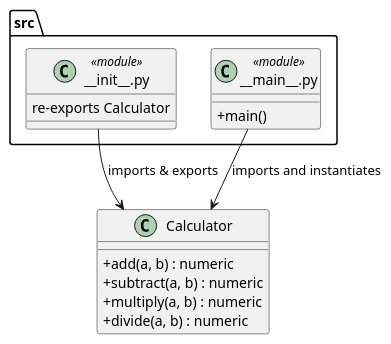
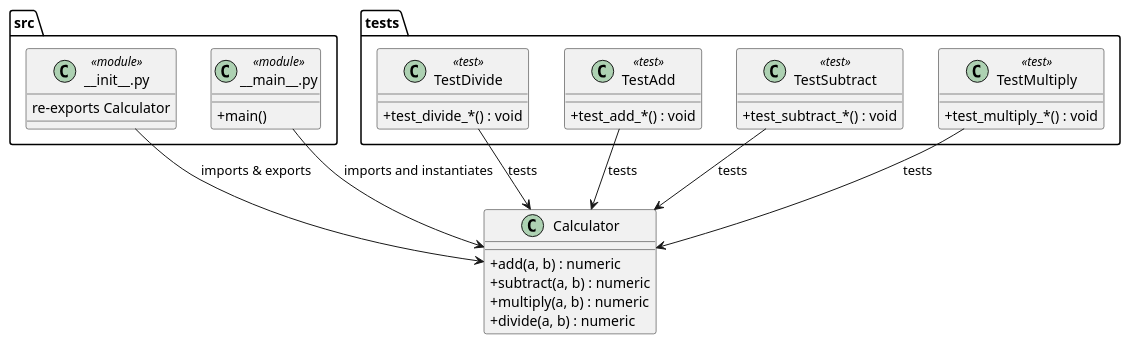
One commit to DanielRiha8906/Calculator_bachelor_autoevolution_team changed the diagram in artifacts/class_calculator.puml. Above: the diagram before and after it, drawn with PlantUML. The commit also changed 2 other files, not shown here.

Commit message:
docs: update diagrams for unit test suite (issue #238)

```diff
--- a/artifacts/class_calculator.puml
+++ b/artifacts/class_calculator.puml
@@ -1,24 +1,43 @@
 @startuml class_calculator
 
 skinparam classAttributeIconSize 0
 
 class Calculator {
     +add(a, b) : numeric
     +subtract(a, b) : numeric
     +multiply(a, b) : numeric
     +divide(a, b) : numeric
 }
 
 package "src" {
     class "__init__.py" as Init <<module>> {
         re-exports Calculator
     }
     class "__main__.py" as Main <<module>> {
         +main()
     }
 }
 
+package "tests" {
+    class TestDivide <<test>> {
+        +test_divide_*() : void
+    }
+    class TestAdd <<test>> {
+        +test_add_*() : void
+    }
+    class TestSubtract <<test>> {
+        +test_subtract_*() : void
+    }
+    class TestMultiply <<test>> {
+        +test_multiply_*() : void
+    }
+}
+
 Init --> Calculator : imports & exports
 Main --> Calculator : imports and instantiates
+TestDivide --> Calculator : tests
+TestAdd --> Calculator : tests
+TestSubtract --> Calculator : tests
+TestMultiply --> Calculator : tests
 
 @enduml
```
